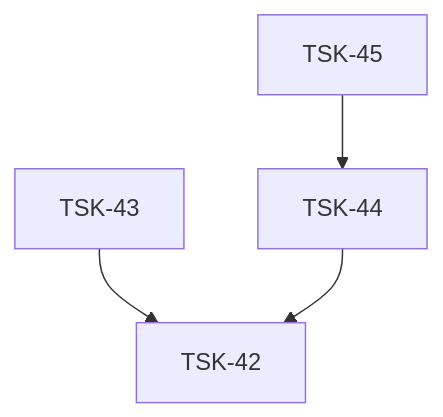
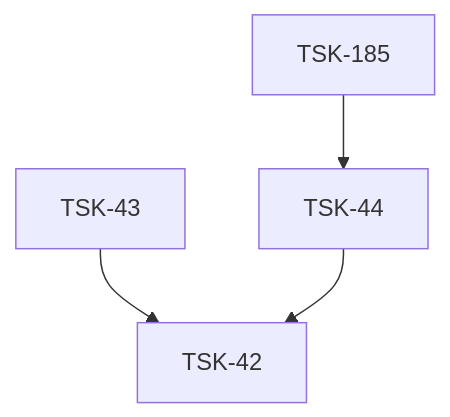
The diagram in tasks/infra-npm-publish/README.md (RubaXa/gennady), drawn with Mermaid before and after one commit. The commit also changed other lines of this file and 10 other files, not shown here.

````diff
--- a/tasks/infra-npm-publish/README.md
+++ b/tasks/infra-npm-publish/README.md
@@ -26,6 +26,6 @@
 ```mermaid
 graph TD
     TSK-43 --> TSK-42
     TSK-44 --> TSK-42
-    TSK-45 --> TSK-44
+    TSK-185 --> TSK-44
 ```
````
